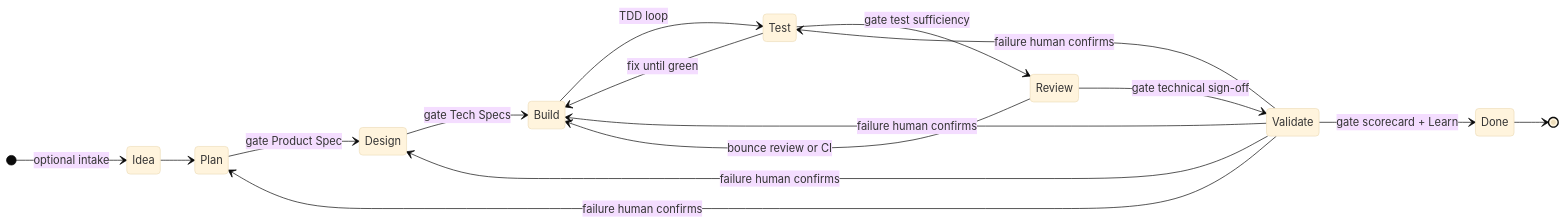
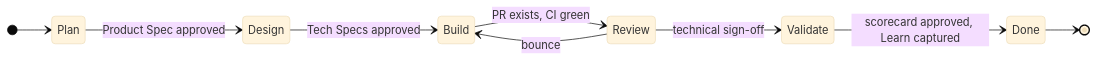
Before and after one commit to queen-of-code/AI-DLC: the fourth of 11 diagrams in docs/GETTING-ORIENTED.md, drawn with Mermaid (base theme). The commit also changed other lines of this file and 1 other file, not shown here.

First line of the commit message:
docs: separate V-model correspondence from tracker phase flow

````diff
--- a/docs/GETTING-ORIENTED.md
+++ b/docs/GETTING-ORIENTED.md
@@ -77,22 +117,13 @@
 ```mermaid
 stateDiagram-v2
   direction LR
 
-  [*] --> Idea: optional intake
-  Idea --> Plan
-  Plan --> Design: gate Product Spec
-  Design --> Build: gate Tech Specs
-  Build --> Test: TDD loop
-  Test --> Build: fix until green
-  Test --> Review: gate test sufficiency
-  Review --> Validate: gate technical sign-off
-  Validate --> Done: gate scorecard + Learn
-
-  Review --> Build: bounce review or CI
-  Validate --> Plan: failure human confirms
-  Validate --> Design: failure human confirms
-  Validate --> Build: failure human confirms
-  Validate --> Test: failure human confirms
-
+  [*] --> Plan
+  Plan --> Design: Product Spec approved
+  Design --> Build: Tech Specs approved
+  Build --> Review: PR exists, CI green
+  Review --> Build: bounce
+  Review --> Validate: technical sign-off
+  Validate --> Done: scorecard approved, Learn captured
   Done --> [*]
 ```
````
